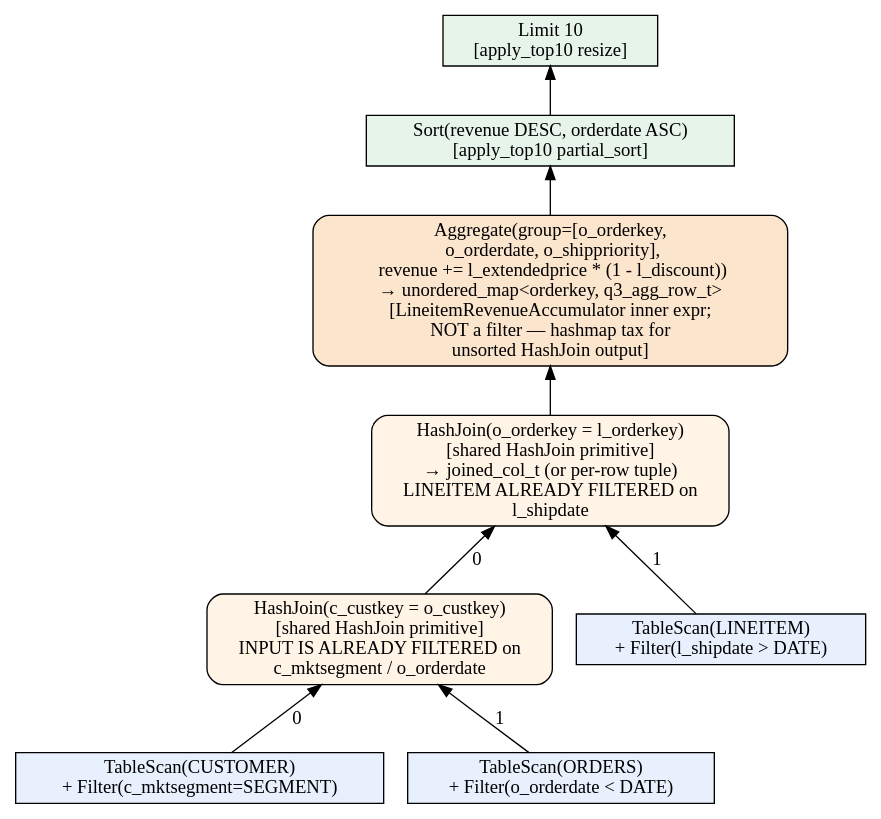
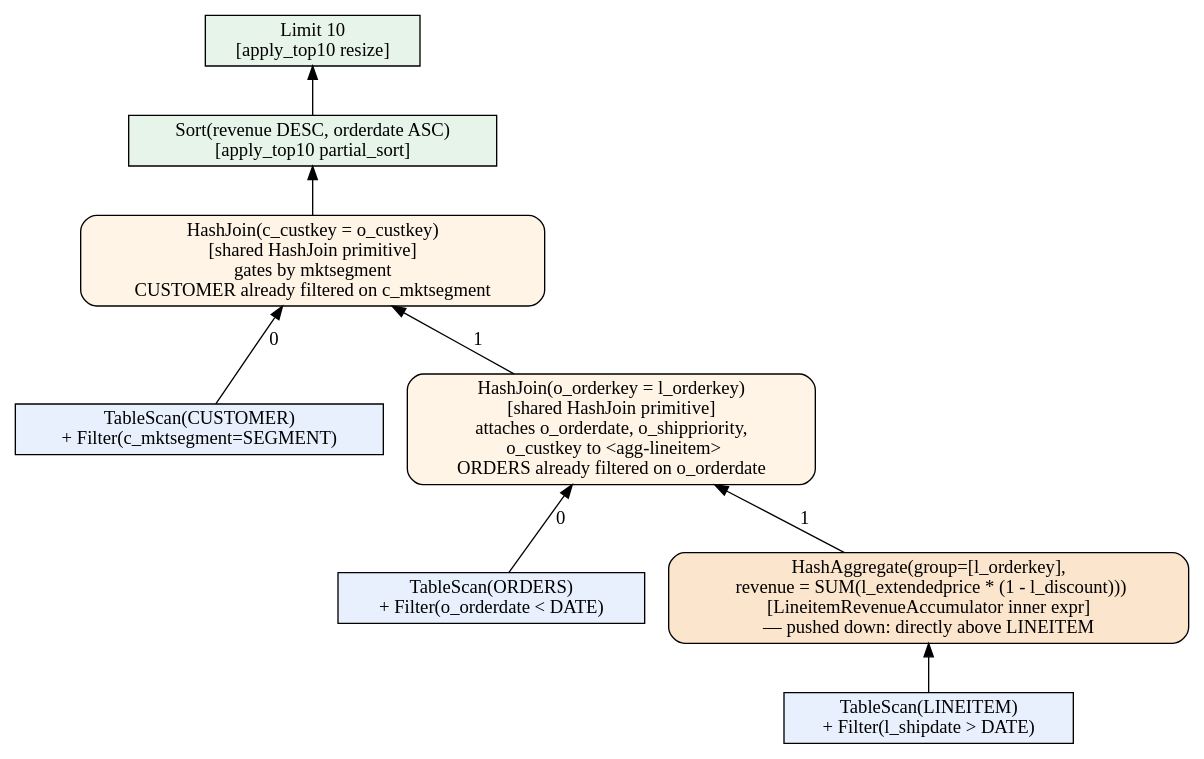
Before and after one commit to alicia-lyu/leanstore: the diagram in frontend/tpch/q3/plans/baseline_s4.dot, drawn with Graphviz. The commit also changed 6 other files, not shown here.

```diff
--- a/frontend/tpch/q3/plans/baseline_s4.dot
+++ b/frontend/tpch/q3/plans/baseline_s4.dot
@@ -1,91 +1,104 @@
 // Q3 S4 baseline plan — no merged index; default Calcite-style HashJoin
-// chain over base tables.
+// chain over base tables, with **aggregation pushed directly above the
+// LINEITEM scan** (mirrors the family logical-plan push-down).
 //
-// Diverges from the family logical plan because no input is custkey-
-// sorted: ORDERS / LINEITEM are orderkey-sorted, CUSTOMER is
-// custkey-sorted but the join order can't exploit it without merge
-// ordering across all three. Per OPERATORS.md §6.4, S4 is allowed
-// its own logical plan.
+// Diverges from the family logical plan only in physical operators (no
+// input is custkey-sorted, so the joins are HashJoins and the lineitem
+// pre-aggregate is a HashAggregate not a SortedAggregate). Logical
+// shape is identical: aggregate first, join up afterwards. Per
+// OPERATORS.md §6.4, S4 may pick its own physical operators provided
+// the logical comparison axis is preserved.
 //
 // FILTER PUSHDOWN: same principle as the family — push every filter as
 // far down as possible, stopping at secondary structures. S4 has no
 // secondary structures (just base tables), so every filter pushes
 // directly to its source TableScan, BEFORE any HashJoin build/probe.
 // None applies post-join.
 //
 //   • c_mktsegment = SEGMENT      → fused with TableScan(CUSTOMER)
 //                                    BEFORE the hash build, so the hash
 //                                    table only contains qualifying
 //                                    customers
 //   • o_orderdate < DATE          → fused with TableScan(ORDERS) BEFORE
 //                                    HashJoin, shrinking the build/probe
 //                                    side
 //   • l_shipdate > DATE           → fused with TableScan(LINEITEM)
-//                                    similarly, BEFORE HashJoin
+//                                    BEFORE the per-orderkey aggregate
+//
+// AGGREGATION PUSH-DOWN: revenue per orderkey is computed BEFORE
+// joining with ORDERS / CUSTOMER. Lineitem is the only source of
+// `l_extendedprice` / `l_discount`; nothing past the lineitem level
+// depends on individual lineitem fields, so pre-aggregating shrinks the
+// join input from ~4 lineitems/order to 1 partial-revenue tuple/order.
+// Identical logical shape to family_logical.dot — only the physical
+// operators differ (HashAggregate, HashJoin).
 //
 // C++ implementation map (q3/query.tpp::query_by_hash):
 //
-//   Query-time HashJoin chain (over already-filtered base scanners):
+//   Query-time HashJoin chain over already-filtered base scanners,
+//   with pre-aggregation directly above the LINEITEM scan:
 //   ────────────────────────────────────────────────────────────────
-//     // Phase 1: build customer hashmap from filtered customer scan
-//     unordered_map<custkey, customerh_t> cust_seg;
-//     customer.scan_filtered(c_mktsegment == SEGMENT,
-//        [&](const customerh_t& c) { cust_seg.emplace(c.c_custkey, c); });
+//     // Phase 1: scan + filter + aggregate LINEITEM by orderkey
+//     unordered_map<orderkey, Numeric> lin_revenue;
+//     lineitem.scan_filtered(l_shipdate > DATE,
+//        [&](const lineitem_t& l) {
+//          lin_revenue[l.l_orderkey] +=
+//              l.l_extendedprice * (1 - l.l_discount);
+//        });
 //
-//     // Phase 2: HashJoin(customer ⋈ orders) probed on o_custkey,
-//     //          ORDERS already filtered by orderdate
-//     // Phase 3: HashJoin(... ⋈ lineitem) probed on o_orderkey,
-//     //          LINEITEM already filtered by shipdate
-//     // Phase 4: per-orderkey SortedAggregate (revenue) into
-//     //          unordered_map<orderkey, q3_agg_row_t>
+//     // Phase 2: scan + filter ORDERS, HashJoin against lin_revenue
+//     //          on orderkey, attach o_orderdate / o_shippriority /
+//     //          o_custkey. Output: q3_agg_row_t-shaped tuples
+//     //          (still missing mktsegment gate).
 //
-// The post-join unordered_map<orderkey, q3_agg_row_t> is acceptable
-// in S4 because §6.1's "no hash-aggregate inside the merged-index
-// family pipeline" rule applies to S1/S2/S3 only. S4 already pays the
-// hashmap tax for unsorted HashJoin output, so the per-orderkey
-// aggregate is in keeping with the "no merge ordering" baseline.
+//     // Phase 3: scan + filter CUSTOMER on c_mktsegment, build hashmap
+//     //          on c_custkey; HashJoin gates the per-orderkey tuples
+//     //          by mktsegment.
 //
 // Reuse from the family code: LineitemRevenueAccumulator (via a static
 // helper that takes an external Numeric&). Same per-record arithmetic
 // across all four structures — OPERATORS.md §6.1 comparison-integrity
 // preserved even through the divergent operator graph.
 
 digraph {
   rankdir=BT;
 
   // ─────────── Sources with filters fused ───────────
   s_cust [label="TableScan(CUSTOMER)\n+ Filter(c_mktsegment=SEGMENT)",
           shape=box, style=filled, fillcolor="#E8F0FE"];
   s_ord  [label="TableScan(ORDERS)\n+ Filter(o_orderdate < DATE)",
           shape=box, style=filled, fillcolor="#E8F0FE"];
   s_lin  [label="TableScan(LINEITEM)\n+ Filter(l_shipdate > DATE)",
           shape=box, style=filled, fillcolor="#E8F0FE"];
 
-  // ─────────── HashJoin chain ───────────
-  hj_co [label="HashJoin(c_custkey = o_custkey)\n[shared HashJoin primitive]\nINPUT IS ALREADY FILTERED on\nc_mktsegment / o_orderdate",
+  // ─────────── Pre-aggregate revenue per orderkey ───────────
+  // Pushed directly above LINEITEM, below both joins. HashAggregate
+  // because the filtered lineitem stream is not orderkey-sorted in S4.
+  pre_agg [label="HashAggregate(group=[l_orderkey],\n  revenue = SUM(l_extendedprice * (1 - l_discount)))\n[LineitemRevenueAccumulator inner expr]\n— pushed down: directly above LINEITEM",
+           shape=box, style="filled,rounded", fillcolor="#FCE5CD"];
+
+  // ─────────── HashJoin chain over the aggregated stream ───────────
+  hj_ol [label="HashJoin(o_orderkey = l_orderkey)\n[shared HashJoin primitive]\nattaches o_orderdate, o_shippriority,\n  o_custkey to <agg-lineitem>\nORDERS already filtered on o_orderdate",
          shape=box, style="filled,rounded", fillcolor="#FFF4E5"];
 
-  hj_col [label="HashJoin(o_orderkey = l_orderkey)\n[shared HashJoin primitive]\n→ joined_col_t (or per-row tuple)\nLINEITEM ALREADY FILTERED on\nl_shipdate",
-          shape=box, style="filled,rounded", fillcolor="#FFF4E5"];
-
-  // ─────────── Post-join aggregate (orderkey) ───────────
-  post_agg [label="Aggregate(group=[o_orderkey,\n  o_orderdate, o_shippriority],\n  revenue += l_extendedprice * (1 - l_discount))\n→ unordered_map<orderkey, q3_agg_row_t>\n[LineitemRevenueAccumulator inner expr;\n NOT a filter — hashmap tax for\n unsorted HashJoin output]",
-            shape=box, style="filled,rounded", fillcolor="#FCE5CD"];
+  hj_co [label="HashJoin(c_custkey = o_custkey)\n[shared HashJoin primitive]\ngates by mktsegment\nCUSTOMER already filtered on c_mktsegment",
+         shape=box, style="filled,rounded", fillcolor="#FFF4E5"];
 
   // ─────────── Outside-pipeline tail (constant) ───────────
   sort  [label="Sort(revenue DESC, orderdate ASC)\n[apply_top10 partial_sort]",
          shape=box, style=filled, fillcolor="#E6F4EA"];
   limit [label="Limit 10\n[apply_top10 resize]",
          shape=box, style=filled, fillcolor="#E6F4EA"];
 
   // ─────────── Edges ───────────
+  s_lin -> pre_agg;
+
+  s_ord  -> hj_ol [label="0"];
+  pre_agg -> hj_ol [label="1"];
+
   s_cust -> hj_co [label="0"];
-  s_ord  -> hj_co [label="1"];
+  hj_ol  -> hj_co [label="1"];
 
-  hj_co -> hj_col [label="0"];
-  s_lin -> hj_col [label="1"];
-
-  hj_col -> post_agg;
-  post_agg -> sort;
-  sort -> limit;
+  hj_co -> sort;
+  sort  -> limit;
 }
```
